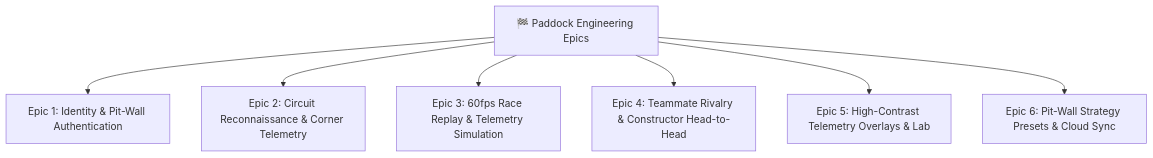
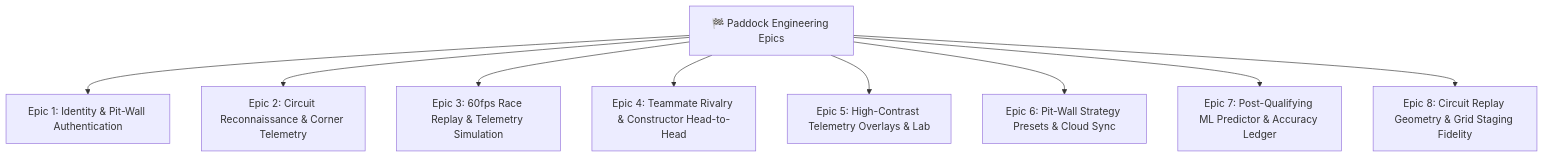
The diagram in docs/03_USER_STORIES.md (Hritik983567-Art/paddock), drawn with Mermaid before and after one commit. The commit also changed other lines of this file and 108 other files, not shown here.

````diff
--- a/docs/03_USER_STORIES.md
+++ b/docs/03_USER_STORIES.md
@@ -17,10 +17,12 @@
 ```mermaid
 graph TD
     PADDOCK["🏁 Paddock Engineering Epics"]
     PADDOCK --> EPIC1["Epic 1: Identity & Pit-Wall Authentication"]
     PADDOCK --> EPIC2["Epic 2: Circuit Reconnaissance & Corner Telemetry"]
     PADDOCK --> EPIC3["Epic 3: 60fps Race Replay & Telemetry Simulation"]
     PADDOCK --> EPIC4["Epic 4: Teammate Rivalry & Constructor Head-to-Head"]
     PADDOCK --> EPIC5["Epic 5: High-Contrast Telemetry Overlays & Lab"]
     PADDOCK --> EPIC6["Epic 6: Pit-Wall Strategy Presets & Cloud Sync"]
+    PADDOCK --> EPIC7["Epic 7: Post-Qualifying ML Predictor & Accuracy Ledger"]
+    PADDOCK --> EPIC8["Epic 8: Circuit Replay Geometry & Grid Staging Fidelity"]
 ```
````
